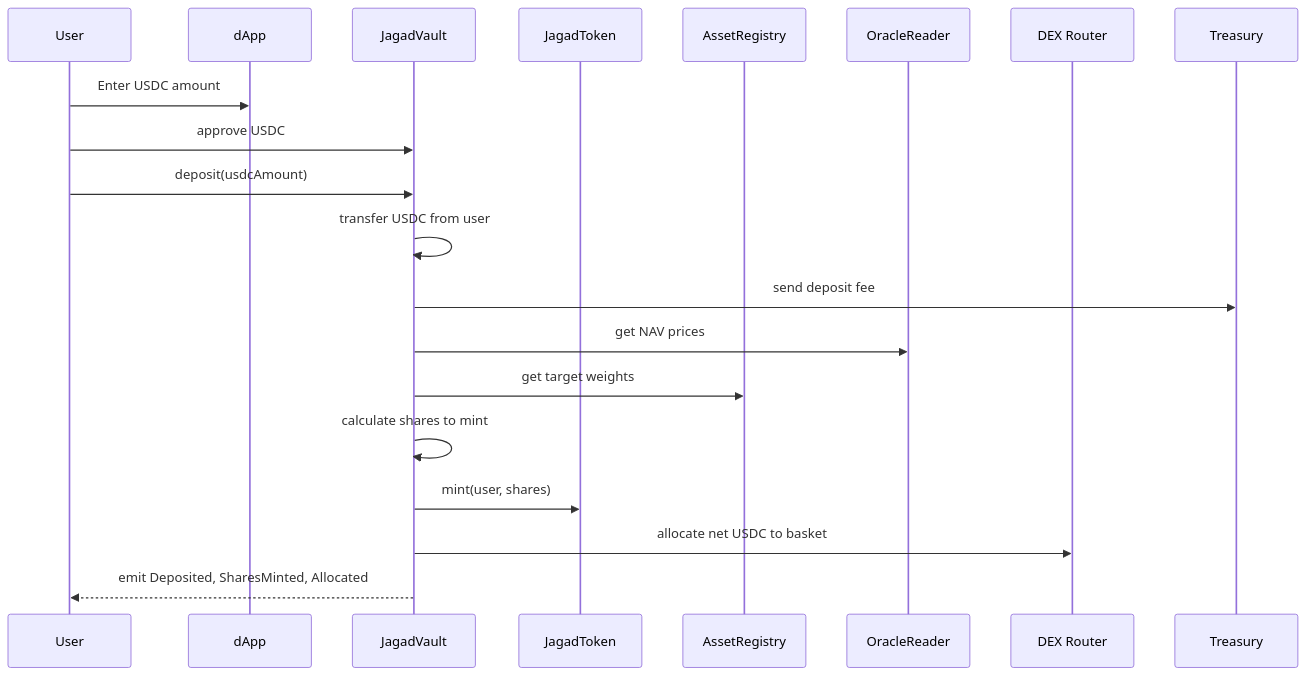
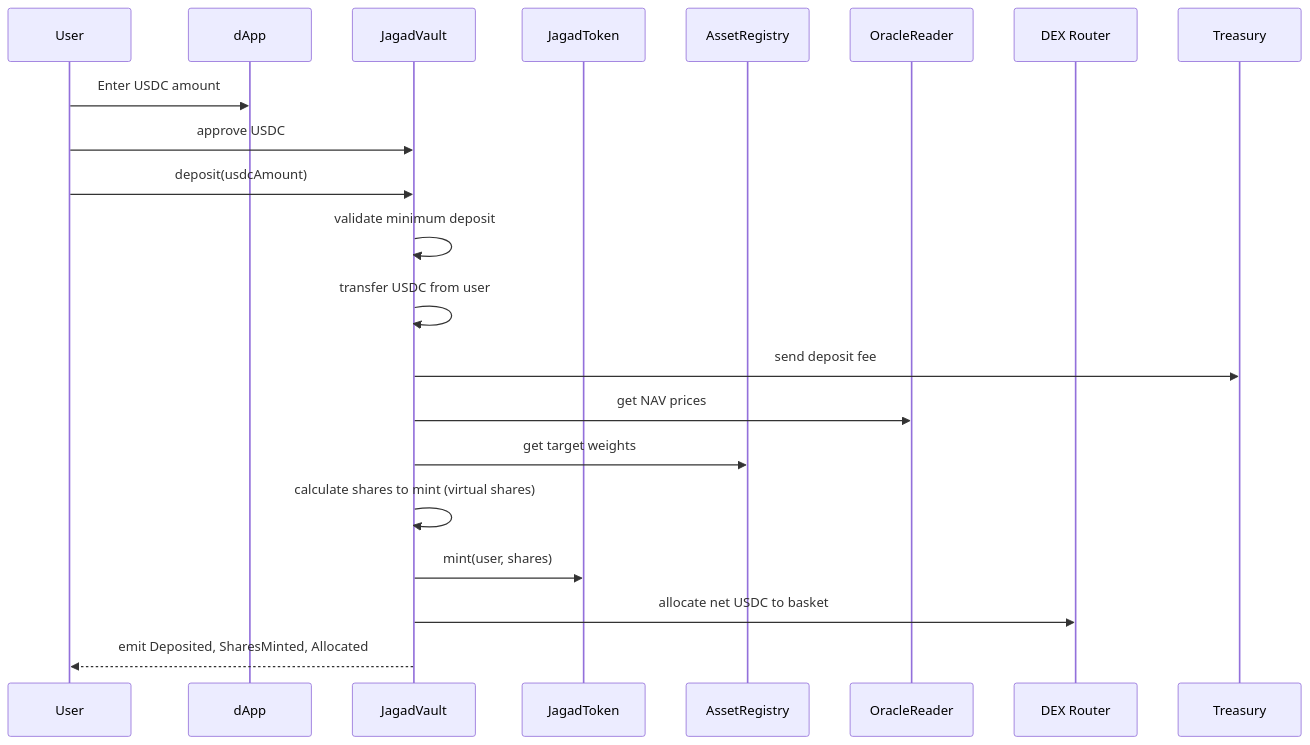
The second of 6 diagrams in ARCHITECTURE.md (newconomics-bit/JAGAD-The-Universal-Vault), drawn with Mermaid before and after one commit. The commit also changed other lines of this file, not shown here.

````diff
--- a/ARCHITECTURE.md
+++ b/ARCHITECTURE.md
@@ -760,23 +906,24 @@
 ```mermaid
 sequenceDiagram
     participant User
     participant dApp
     participant Vault as JagadVault
     participant Token as JagadToken
     participant Registry as AssetRegistry
     participant Oracle as OracleReader
     participant DEX as DEX Router
     participant Treasury
 
     User->>dApp: Enter USDC amount
     User->>Vault: approve USDC
     User->>Vault: deposit(usdcAmount)
+    Vault->>Vault: validate minimum deposit
     Vault->>Vault: transfer USDC from user
     Vault->>Treasury: send deposit fee
     Vault->>Oracle: get NAV prices
     Vault->>Registry: get target weights
-    Vault->>Vault: calculate shares to mint
+    Vault->>Vault: calculate shares to mint (virtual shares)
     Vault->>Token: mint(user, shares)
     Vault->>DEX: allocate net USDC to basket
     Vault-->>User: emit Deposited, SharesMinted, Allocated
 ```
````
